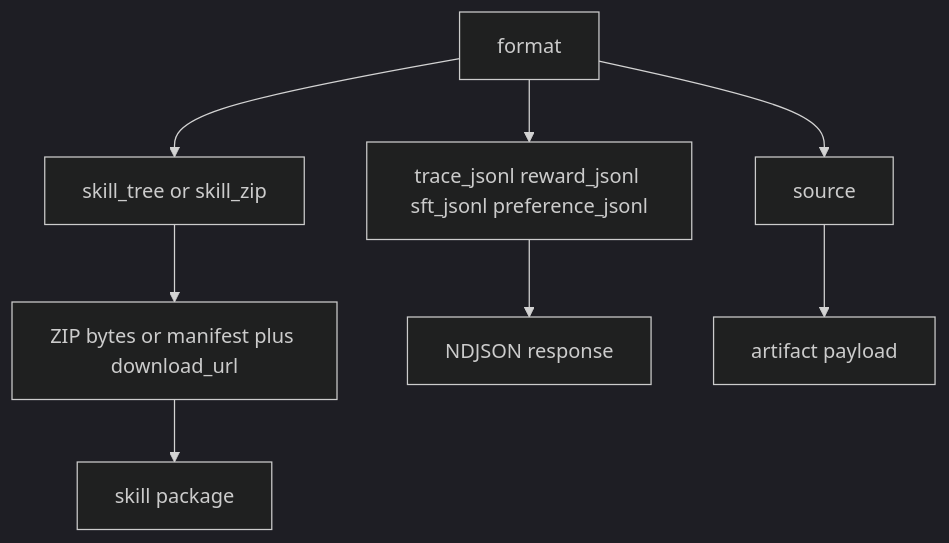
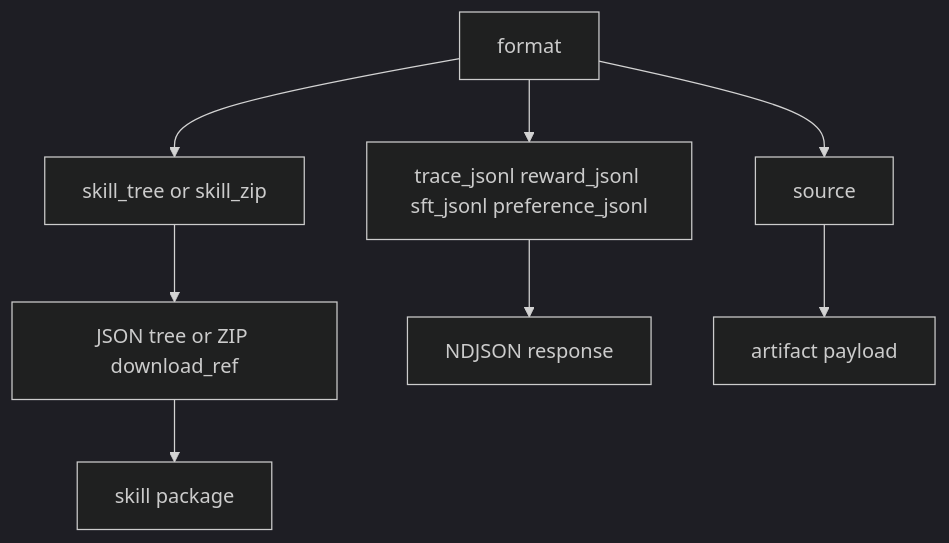
The third of 4 diagrams in docs/architecture/workflow-export.md (debian777/kairos-mcp), drawn with Mermaid (dark theme) before and after one commit. The commit also changed other lines of this file and 21 other files, not shown here.

First line of the commit message:
feat(export): skill_zip delivery via download_ref

````diff
--- a/docs/architecture/workflow-export.md
+++ b/docs/architecture/workflow-export.md
@@ -97,11 +97,11 @@
 ```mermaid
 flowchart TD
   fmt[format]
   fmt --> jsonl["trace_jsonl reward_jsonl sft_jsonl preference_jsonl"]
   fmt --> sourceFmt[source]
   fmt --> skillFmt["skill_tree or skill_zip"]
-  skillFmt --> delivery["ZIP bytes or manifest plus download_url"]
+  skillFmt --> delivery["JSON tree or ZIP download_ref"]
   jsonl --> outTrain[NDJSON response]
   sourceFmt --> outSrc[artifact payload]
   delivery --> outBundle[skill package]
 ```
````
